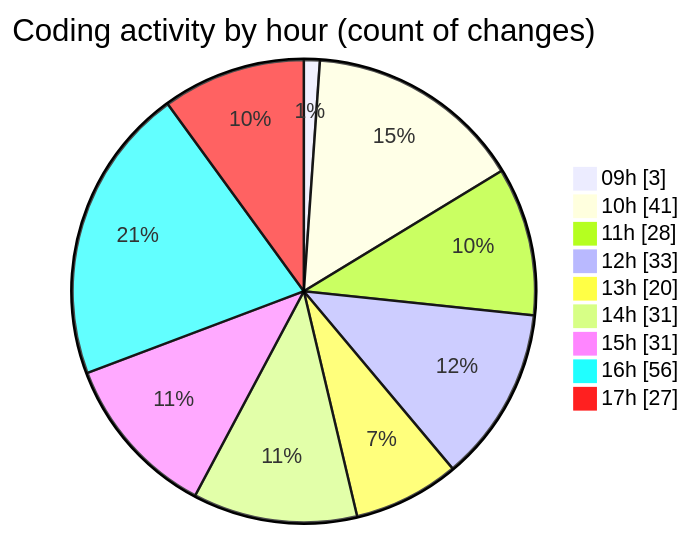
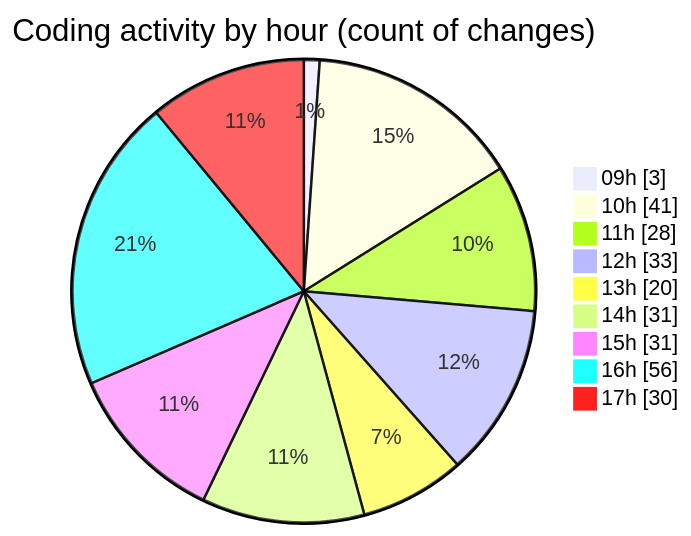
One commit to CELIANVF/code-tracking changed the second of 2 diagrams in 2025-05-19/ecodeli-1/README.md. Above: the diagram before and after it, drawn with Mermaid. The commit also changed other lines of this file and 1 other file, not shown here.

````diff
--- a/2025-05-19/ecodeli-1/README.md
+++ b/2025-05-19/ecodeli-1/README.md
@@ -102,13 +103,13 @@
 ```mermaid
 pie showData
 title Coding activity by hour (count of changes)
 "09h" : 3
 "10h" : 41
 "11h" : 28
 "12h" : 33
 "13h" : 20
 "14h" : 31
 "15h" : 31
 "16h" : 56
-"17h" : 27
+"17h" : 30
 ```
````
